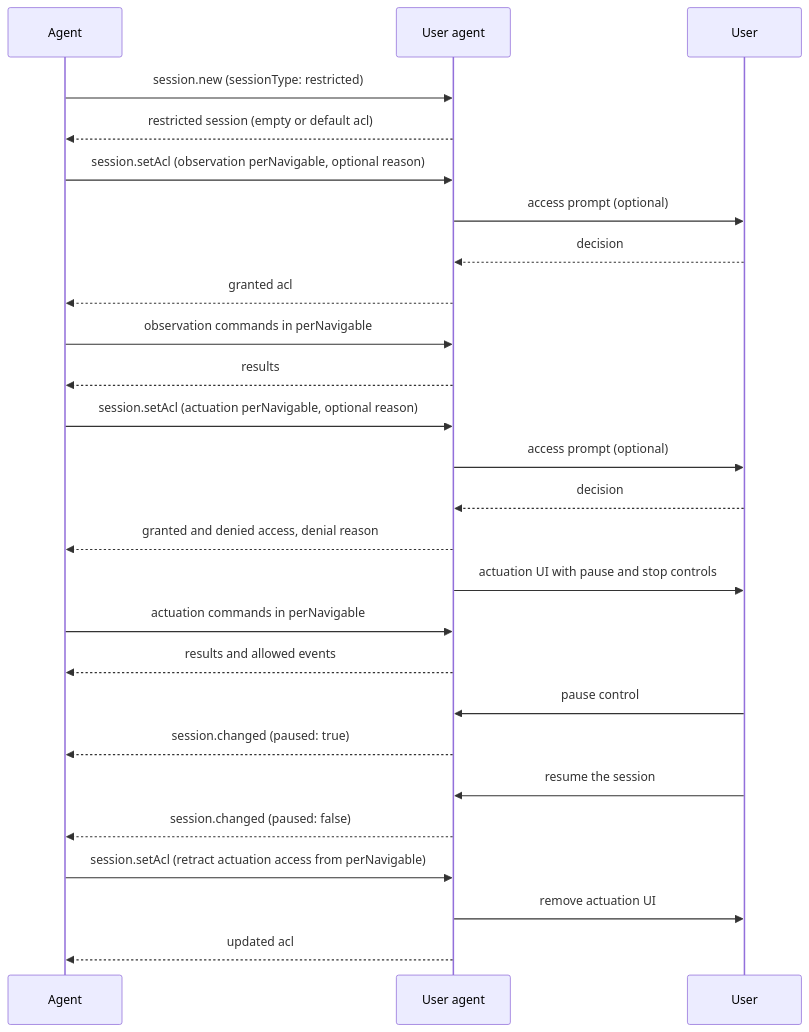
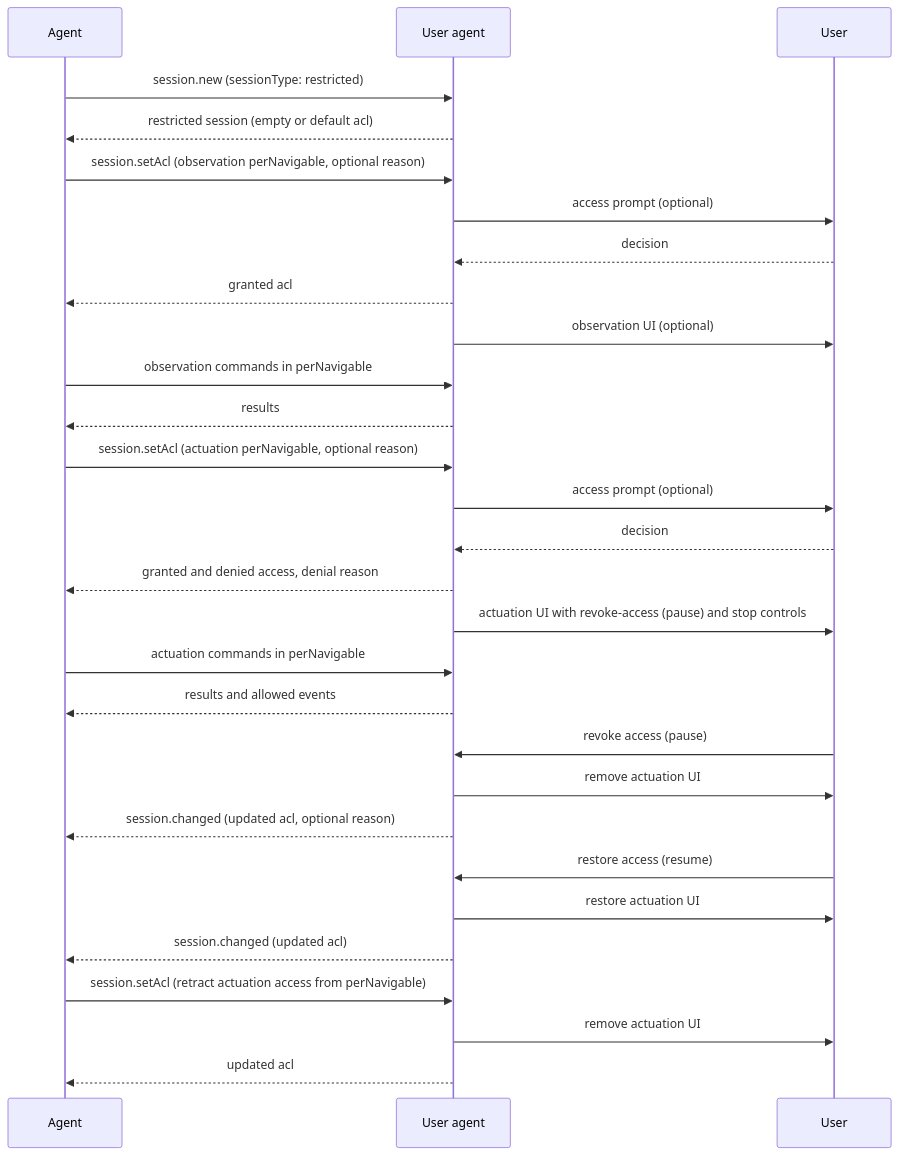
One commit to WICG/agentic-webdriver-bidi changed the diagram in explainers/restricted-sessions.md. Above: the diagram before and after it, drawn with Mermaid. The commit also changed other lines of this file and 3 other files, not shown here.

First line of the commit message:
Remove pause/resume API in favor of revoking ACL

````diff
--- a/explainers/restricted-sessions.md
+++ b/explainers/restricted-sessions.md
@@ -108,29 +108,32 @@
 ```mermaid
 sequenceDiagram
     participant Agent
     participant UA as User agent
     participant User
 
     Agent->>UA: session.new (sessionType: restricted)
     UA-->>Agent: restricted session (empty or default acl)
     Agent->>UA: session.setAcl (observation perNavigable, optional reason)
     UA->>User: access prompt (optional)
     User-->>UA: decision
     UA-->>Agent: granted acl
+    UA->>User: observation UI (optional)
     Agent->>UA: observation commands in perNavigable
     UA-->>Agent: results
     Agent->>UA: session.setAcl (actuation perNavigable, optional reason)
     UA->>User: access prompt (optional)
     User-->>UA: decision
     UA-->>Agent: granted and denied access, denial reason
-    UA->>User: actuation UI with pause and stop controls
+    UA->>User: actuation UI with revoke-access (pause) and stop controls
     Agent->>UA: actuation commands in perNavigable
     UA-->>Agent: results and allowed events
-    User->>UA: pause control
-    UA-->>Agent: session.changed (paused: true)
-    User->>UA: resume the session
-    UA-->>Agent: session.changed (paused: false)
+    User->>UA: revoke access (pause)
+    UA->>User: remove actuation UI
+    UA-->>Agent: session.changed (updated acl, optional reason)
+    User->>UA: restore access (resume)
+    UA->>User: restore actuation UI
+    UA-->>Agent: session.changed (updated acl)
     Agent->>UA: session.setAcl (retract actuation access from perNavigable)
     UA->>User: remove actuation UI
     UA-->>Agent: updated acl
 ```
````
